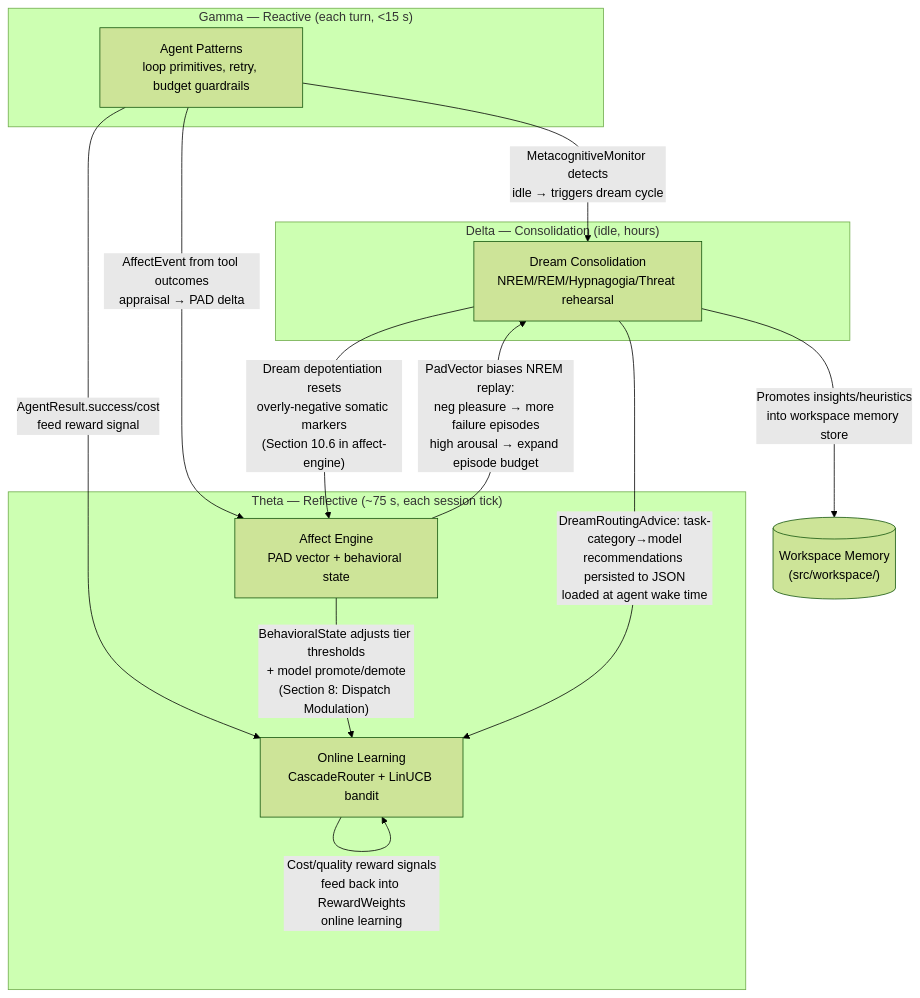
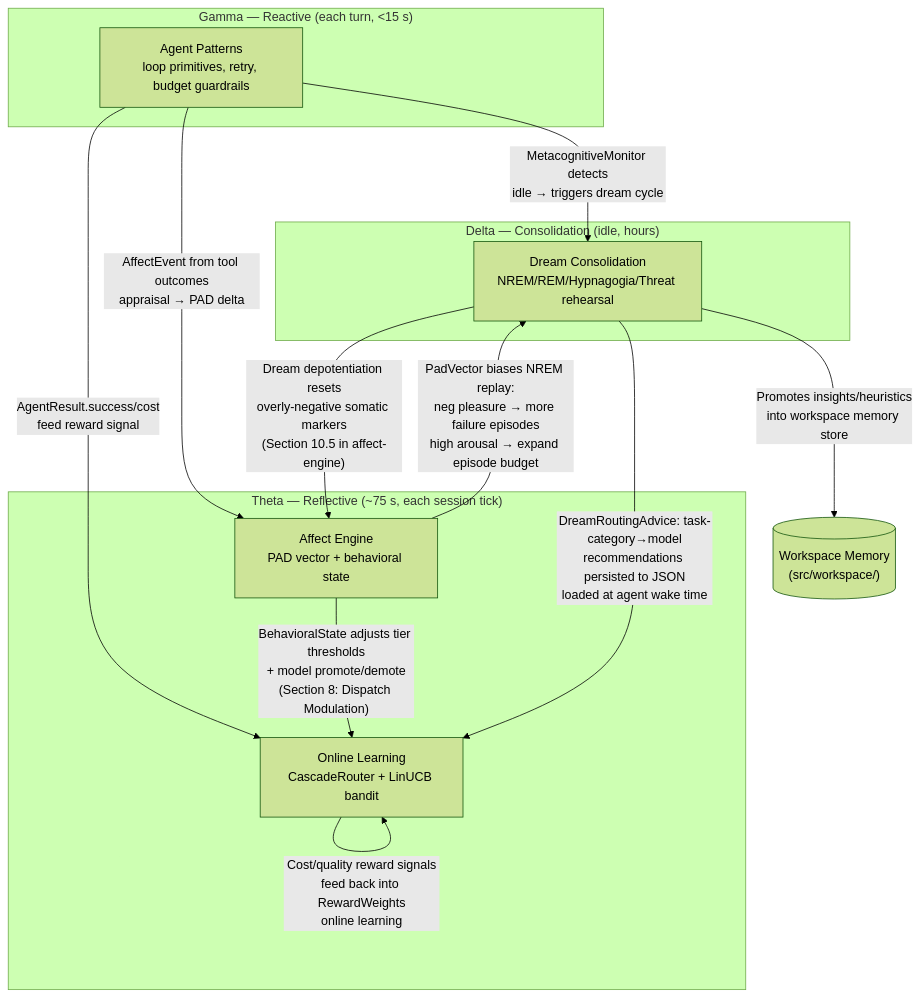
The diagram in tmp/agent-intelligence/README.md (wpank/ironclaw), drawn with Mermaid (forest theme) before and after one commit. The commit also changed other lines of this file and 113 other files, not shown here.

````diff
--- a/tmp/agent-intelligence/README.md
+++ b/tmp/agent-intelligence/README.md
@@ -18,37 +18,37 @@
 ```mermaid
 flowchart TD
     subgraph GAMMA ["Gamma — Reactive (each turn, &lt;15 s)"]
         AP["Agent Patterns\nloop primitives, retry, budget guardrails"]
     end
 
     subgraph THETA ["Theta — Reflective (~75 s, each session tick)"]
         AE["Affect Engine\nPAD vector + behavioral state"]
         OL["Online Learning\nCascadeRouter + LinUCB bandit"]
     end
 
     subgraph DELTA ["Delta — Consolidation (idle, hours)"]
         DC["Dream Consolidation\nNREM/REM/Hypnagogia/Threat rehearsal"]
     end
 
     %% Gamma feeds Theta
     AP -->|"MetacognitiveMonitor detects\nidle → triggers dream cycle"| DC
     AP -->|"AgentResult.success/cost\nfeed reward signal"| OL
     AP -->|"AffectEvent from tool outcomes\nappraisal → PAD delta"| AE
 
     %% Affect → routing (same-speed modulation)
     AE -->|"BehavioralState adjusts tier thresholds\n+ model promote/demote\n(Section 8: Dispatch Modulation)"| OL
 
     %% Affect → dreams (PAD vector passed to replay selector)
     AE -->|"PadVector biases NREM replay:\nneg pleasure → more failure episodes\nhigh arousal → expand episode budget"| DC
 
     %% Dreams → routing (routing advice file loaded at wake)
     DC -->|"DreamRoutingAdvice: task-category→model\nrecommendations persisted to JSON\nloaded at agent wake time"| OL
 
     %% Dreams → affect (depotentiation of somatic markers)
-    DC -->|"Dream depotentiation resets\noverly-negative somatic markers\n(Section 10.6 in affect-engine)"| AE
+    DC -->|"Dream depotentiation resets\noverly-negative somatic markers\n(Section 10.5 in affect-engine)"| AE
 
     %% Dreams → memory quality (workspace memory)
     DC -->|"Promotes insights/heuristics\ninto workspace memory store"| MEM[("Workspace Memory\n(src/workspace/)")]
 
     OL -->|"Cost/quality reward signals\nfeed back into RewardWeights\nonline learning"| OL
 ```
````
